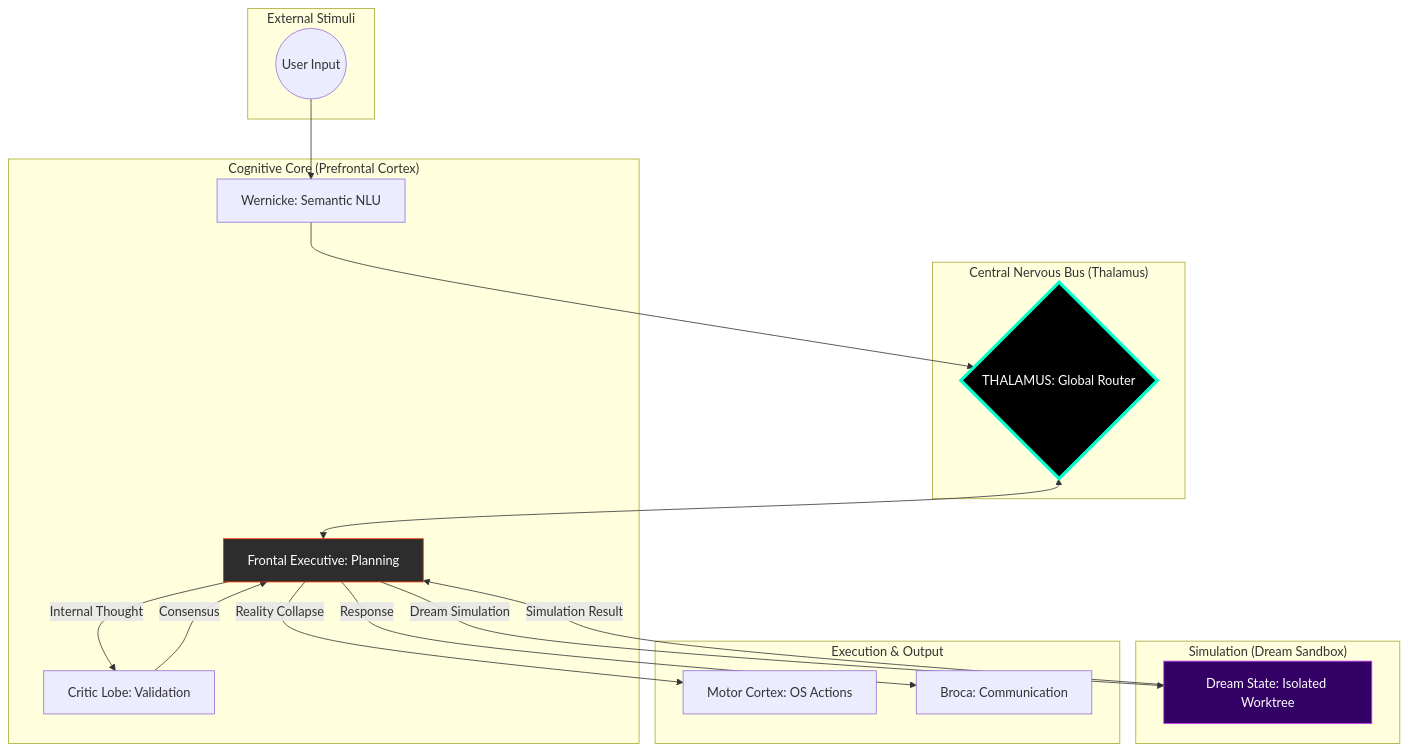
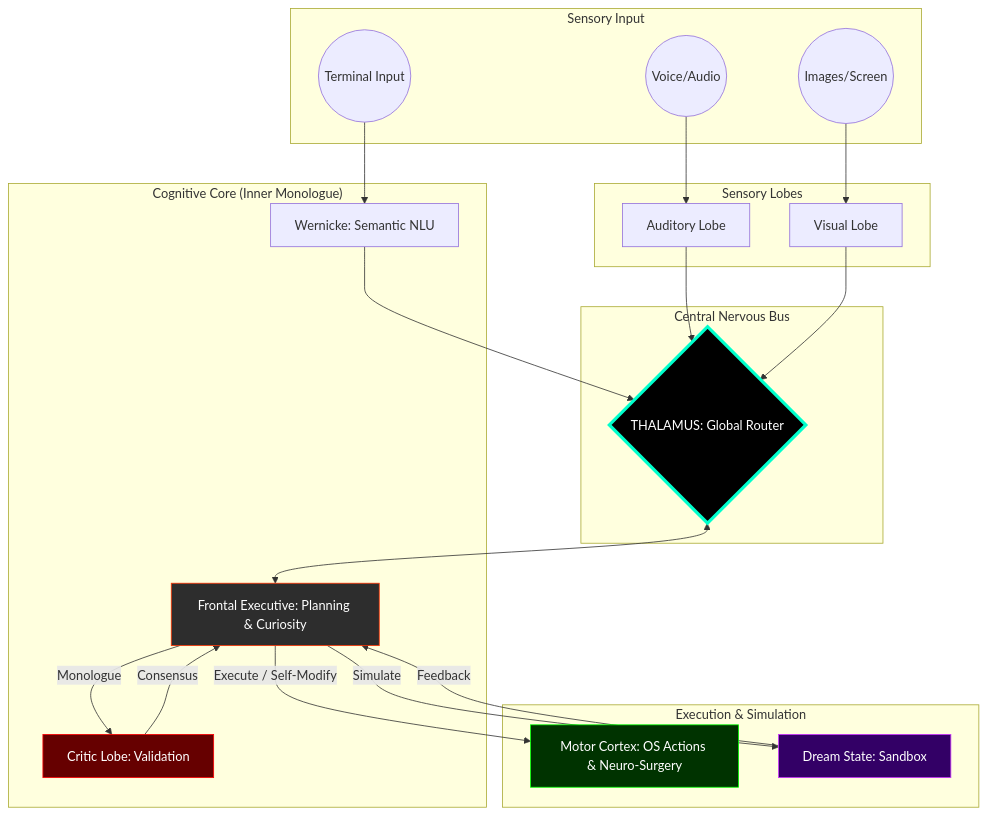
Before and after one commit to jpmlima/NeuroSwarm: the diagram in README.md, drawn with Mermaid. The commit also changed other lines of this file and 14 other files, not shown here.

Commit message:
feat: v2.0.0 - The AGI Release (Epistemic Drive, Neuro-Surgery, Sensory Embodiment)

````diff
--- a/README.md
+++ b/README.md
@@ -30,40 +34,50 @@
 ```mermaid
 graph TD
-    subgraph "External Stimuli"
-        User((User Input))
+    subgraph "Sensory Input"
+        Audio((Voice/Audio))
+        Vision((Images/Screen))
+        Text((Terminal Input))
     end
 
-    subgraph "Central Nervous Bus (Thalamus)"
+    subgraph "Central Nervous Bus"
         TH{THALAMUS: Global Router}
     end
 
-    subgraph "Cognitive Core (Prefrontal Cortex)"
-        FE[Frontal Executive: Planning]
+    subgraph "Cognitive Core (Inner Monologue)"
+        FE[Frontal Executive: Planning & Curiosity]
         CL[Critic Lobe: Validation]
         WN[Wernicke: Semantic NLU]
     end
 
-    subgraph "Simulation (Dream Sandbox)"
-        DS[Dream State: Isolated Worktree]
+    subgraph "Sensory Lobes"
+        AL[Auditory Lobe]
+        VL[Visual Lobe]
     end
 
-    subgraph "Execution & Output"
-        MT[Motor Cortex: OS Actions]
-        BR[Broca: Communication]
+    subgraph "Execution & Simulation"
+        MT[Motor Cortex: OS Actions & Neuro-Surgery]
+        DS[Dream State: Sandbox]
     end
 
     %% Flow
-    User --> WN
+    Audio --> AL
+    Vision --> VL
+    Text --> WN
+    AL --> TH
+    VL --> TH
     WN --> TH
+    
     TH <--> FE
-    FE -- Internal Thought --> CL
+    FE -- Monologue --> CL
     CL -- Consensus --> FE
-    FE -- Dream Simulation --> DS
-    DS -- Simulation Result --> FE
-    FE -- Reality Collapse --> MT
-    FE -- Response --> BR
+    
+    FE -- Simulate --> DS
+    DS -- Feedback --> FE
+    FE -- Execute / Self-Modify --> MT
     
     style TH fill:#000,stroke:#00ffcc,stroke-width:4px,color:#fff
     style FE fill:#2d2d2d,stroke:#ff3300,color:#fff
     style DS fill:#330066,stroke:#cc33ff,color:#fff
+    style CL fill:#660000,stroke:#ff0000,color:#fff
+    style MT fill:#003300,stroke:#00ff00,color:#fff
 ```
````
